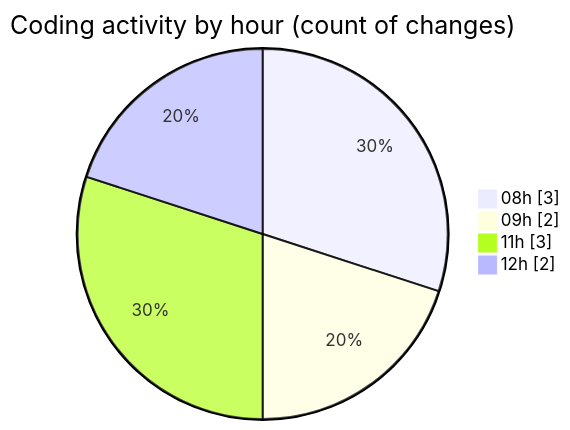
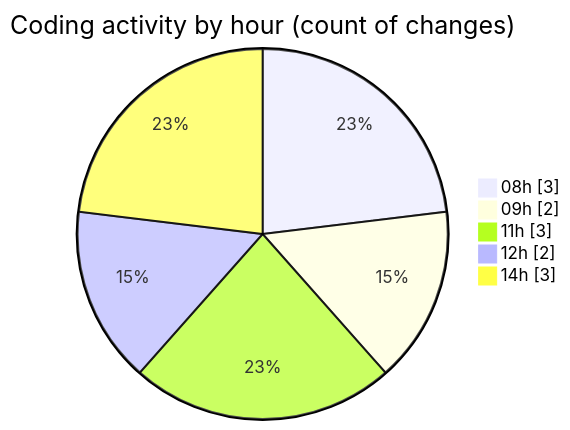
Before and after one commit to ricardozamudiocil/code-tracking: the second of 2 diagrams in 2026-06-04/cilapp/README.md, drawn with Mermaid. The commit also changed other lines of this file and 1 other file, not shown here.

````diff
--- a/2026-06-04/cilapp/README.md
+++ b/2026-06-04/cilapp/README.md
@@ -37,8 +39,9 @@
 ```mermaid
 pie showData
 title Coding activity by hour (count of changes)
 "08h" : 3
 "09h" : 2
 "11h" : 3
 "12h" : 2
+"14h" : 3
 ```
````
